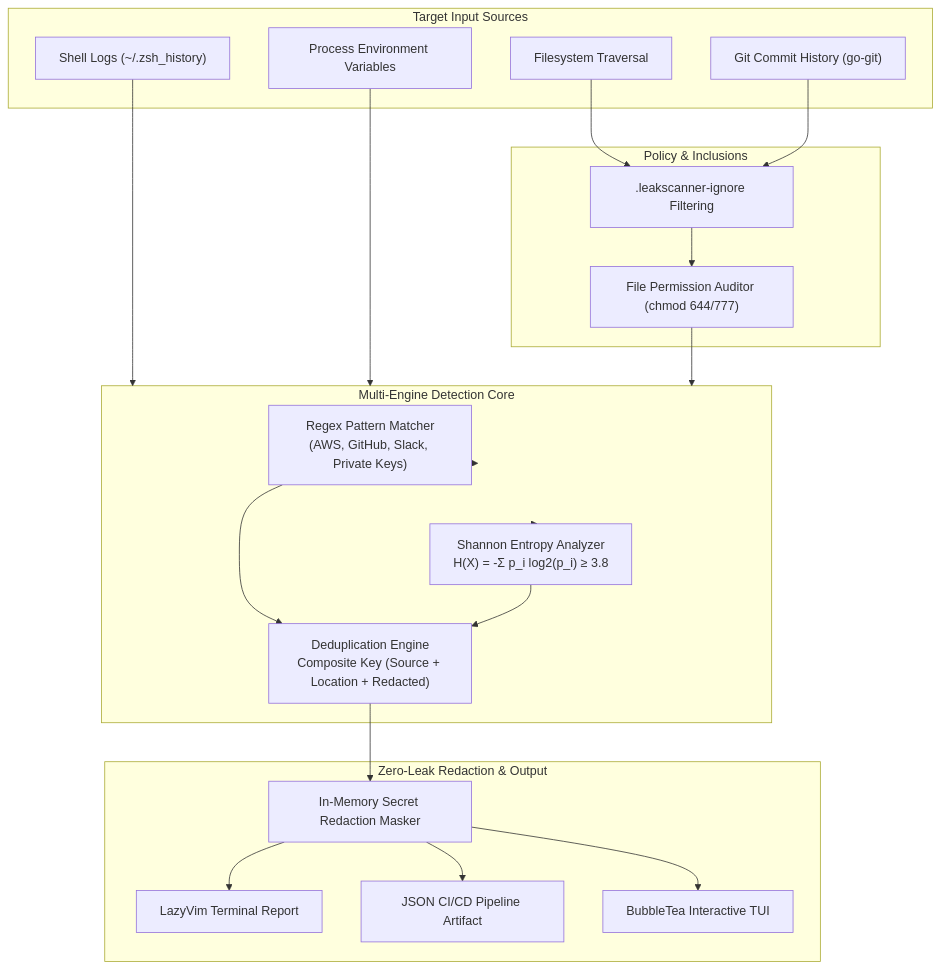
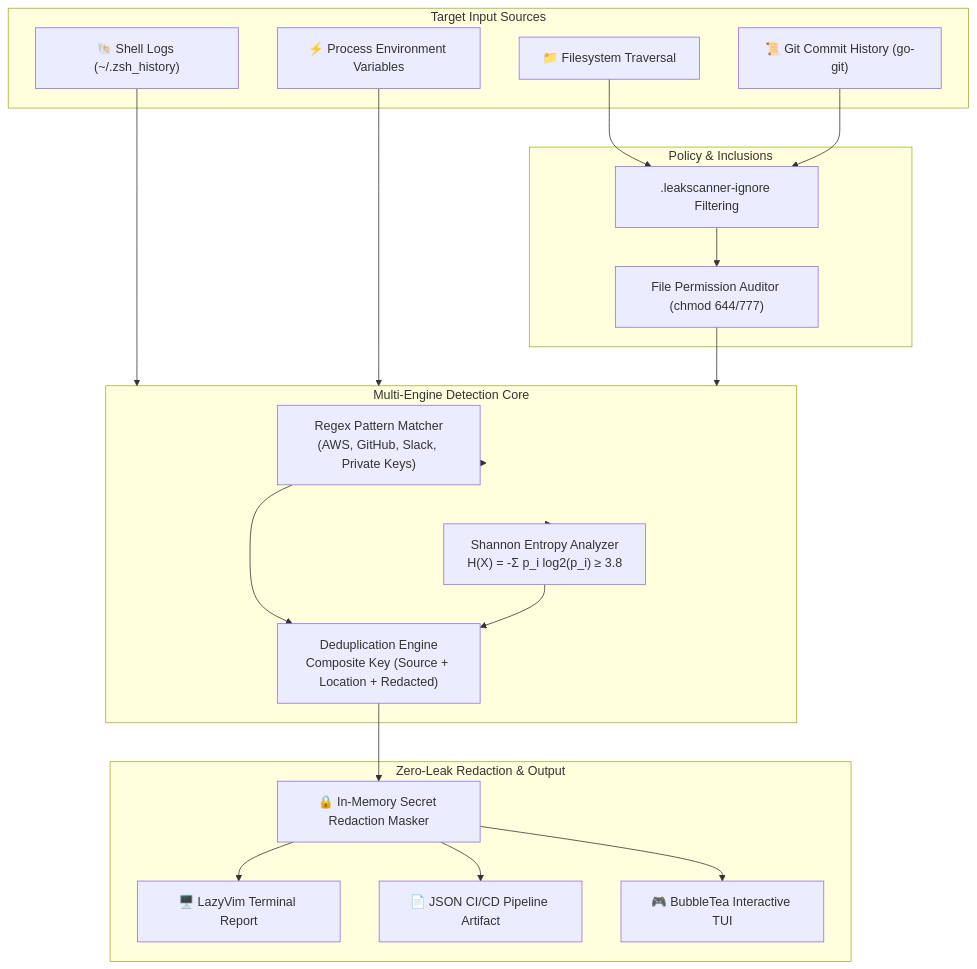
One commit to zeexz/leakscan changed the diagram in README.md. Above: the diagram before and after it, drawn with Mermaid. The commit also changed other lines of this file and 7 other files, not shown here.

````diff
--- a/README.md
+++ b/README.md
@@ -104,40 +95,40 @@
 ```mermaid
 flowchart TD
     subgraph Sources ["Target Input Sources"]
-        FS["Filesystem Traversal"]
-        GIT["Git Commit History (go-git)"]
-        SHELL["Shell Logs (~/.zsh_history)"]
-        PROC["Process Environment Variables"]
+        FS["📁 Filesystem Traversal"]
+        GIT["📜 Git Commit History (go-git)"]
+        SHELL["🐚 Shell Logs (~/.zsh_history)"]
+        PROC["⚡ Process Environment Variables"]
     end
 
     subgraph Config ["Policy & Inclusions"]
         IGN[".leakscanner-ignore Filtering"]
         PERM["File Permission Auditor (chmod 644/777)"]
     end
 
     subgraph Pipeline ["Multi-Engine Detection Core"]
         REGEX["Regex Pattern Matcher\n(AWS, GitHub, Slack, Private Keys)"]
         ENTROPY["Shannon Entropy Analyzer\nH(X) = -Σ p_i log2(p_i) ≥ 3.8"]
         DEDUP["Deduplication Engine\nComposite Key (Source + Location + Redacted)"]
     end
 
     subgraph Output ["Zero-Leak Redaction & Output"]
-        REDACT["In-Memory Secret Redaction Masker"]
-        TERM["LazyVim Terminal Report"]
-        JSON["JSON CI/CD Pipeline Artifact"]
-        TUI["BubbleTea Interactive TUI"]
+        REDACT["🔒 In-Memory Secret Redaction Masker"]
+        TERM["🖥️ LazyVim Terminal Report"]
+        JSON["📄 JSON CI/CD Pipeline Artifact"]
+        TUI["🎮 BubbleTea Interactive TUI"]
     end
 
     FS --> IGN
     GIT --> IGN
     SHELL --> Pipeline
     PROC --> Pipeline
 
     IGN --> PERM --> Pipeline
     Pipeline --> REGEX --> DEDUP
     Pipeline --> ENTROPY --> DEDUP
     DEDUP --> REDACT
     REDACT --> TERM
     REDACT --> JSON
     REDACT --> TUI
 ```
````
